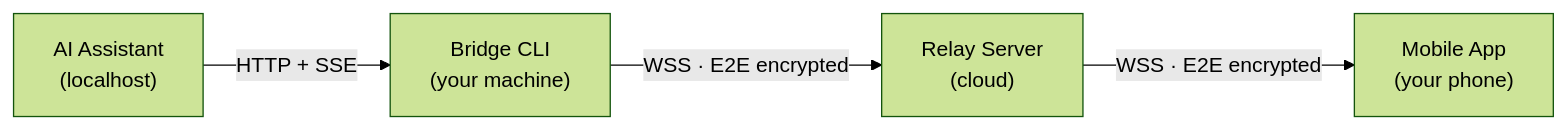
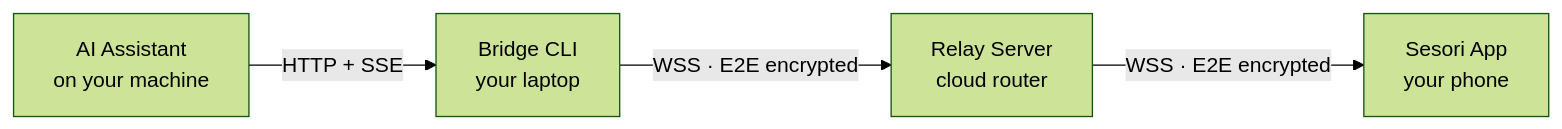
The diagram in README.md (sesori-ai/sesori_apps_monorepo), drawn with Mermaid (forest theme) before and after one commit. The commit also changed other lines of this file and 5 other files, not shown here.

````diff
--- a/README.md
+++ b/README.md
@@ -98,6 +111,6 @@
 ```mermaid
 graph LR
-  OC["AI Assistant<br/>(localhost)"] -- "HTTP + SSE" --> B["Bridge CLI<br/>(your machine)"]
-  B -- "WSS · E2E encrypted" --> R["Relay Server<br/>(cloud)"]
-  R -- "WSS · E2E encrypted" --> M["Mobile App<br/>(your phone)"]
+  OC["AI Assistant<br/>on your machine"] -- "HTTP + SSE" --> B["Bridge CLI<br/>your laptop"]
+  B -- "WSS · E2E encrypted" --> R["Relay Server<br/>cloud router"]
+  R -- "WSS · E2E encrypted" --> M["Sesori App<br/>your phone"]
 ```
````
